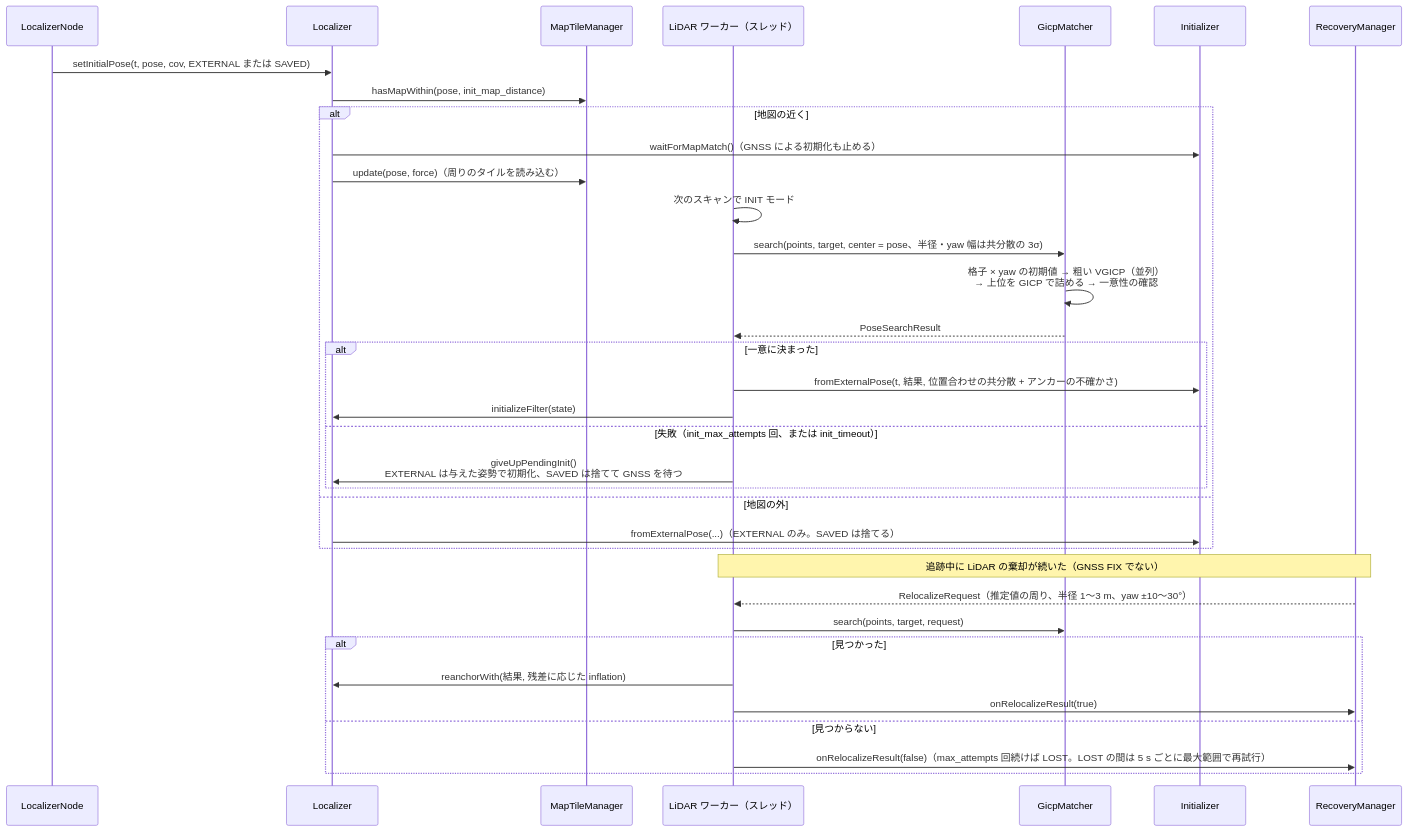
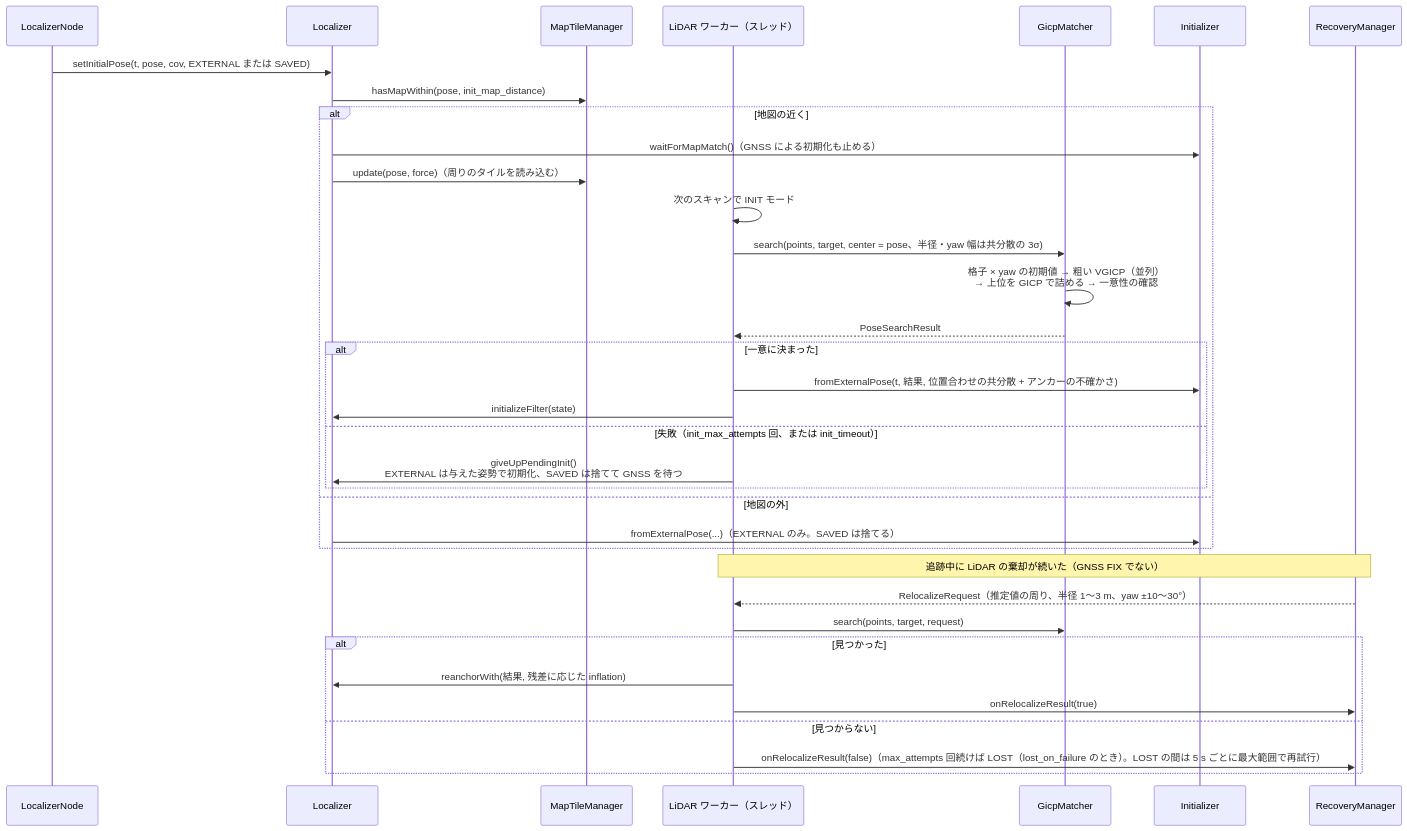
Before and after one commit to mamoru1126/gnss_and_lidar_localization: diagram 14 of 15 in docs/architecture.md, drawn with Mermaid. The commit also changed other lines of this file and 20 other files, not shown here.

````diff
--- a/docs/architecture.md
+++ b/docs/architecture.md
@@ -1213,39 +1214,39 @@
 ```mermaid
 sequenceDiagram
   participant N as LocalizerNode
   participant L as Localizer
   participant MT as MapTileManager
   participant W as LiDAR ワーカー（スレッド）
   participant G as GicpMatcher
   participant I as Initializer
   participant RC as RecoveryManager
 
   N->>L: setInitialPose(t, pose, cov, EXTERNAL または SAVED)
   L->>MT: hasMapWithin(pose, init_map_distance)
   alt 地図の近く
     L->>I: waitForMapMatch()（GNSS による初期化も止める）
     L->>MT: update(pose, force)（周りのタイルを読み込む）
     W->>W: 次のスキャンで INIT モード
     W->>G: search(points, target, center = pose、半径・yaw 幅は共分散の 3σ)
     G->>G: 格子 × yaw の初期値 → 粗い VGICP（並列）<br/>→ 上位を GICP で詰める → 一意性の確認
     G-->>W: PoseSearchResult
     alt 一意に決まった
       W->>I: fromExternalPose(t, 結果, 位置合わせの共分散 + アンカーの不確かさ)
       W->>L: initializeFilter(state)
     else 失敗（init_max_attempts 回、または init_timeout）
       W->>L: giveUpPendingInit()<br/>EXTERNAL は与えた姿勢で初期化、SAVED は捨てて GNSS を待つ
     end
   else 地図の外
     L->>I: fromExternalPose(...)（EXTERNAL のみ。SAVED は捨てる）
   end
 
   Note over W,RC: 追跡中に LiDAR の棄却が続いた（GNSS FIX でない）
   RC-->>W: RelocalizeRequest（推定値の周り、半径 1〜3 m、yaw ±10〜30°）
   W->>G: search(points, target, request)
   alt 見つかった
     W->>L: reanchorWith(結果, 残差に応じた inflation)
     W->>RC: onRelocalizeResult(true)
   else 見つからない
-    W->>RC: onRelocalizeResult(false)（max_attempts 回続けば LOST。LOST の間は 5 s ごとに最大範囲で再試行）
+    W->>RC: onRelocalizeResult(false)（max_attempts 回続けば LOST（lost_on_failure のとき）。LOST の間は 5 s ごとに最大範囲で再試行）
   end
 ```
````
